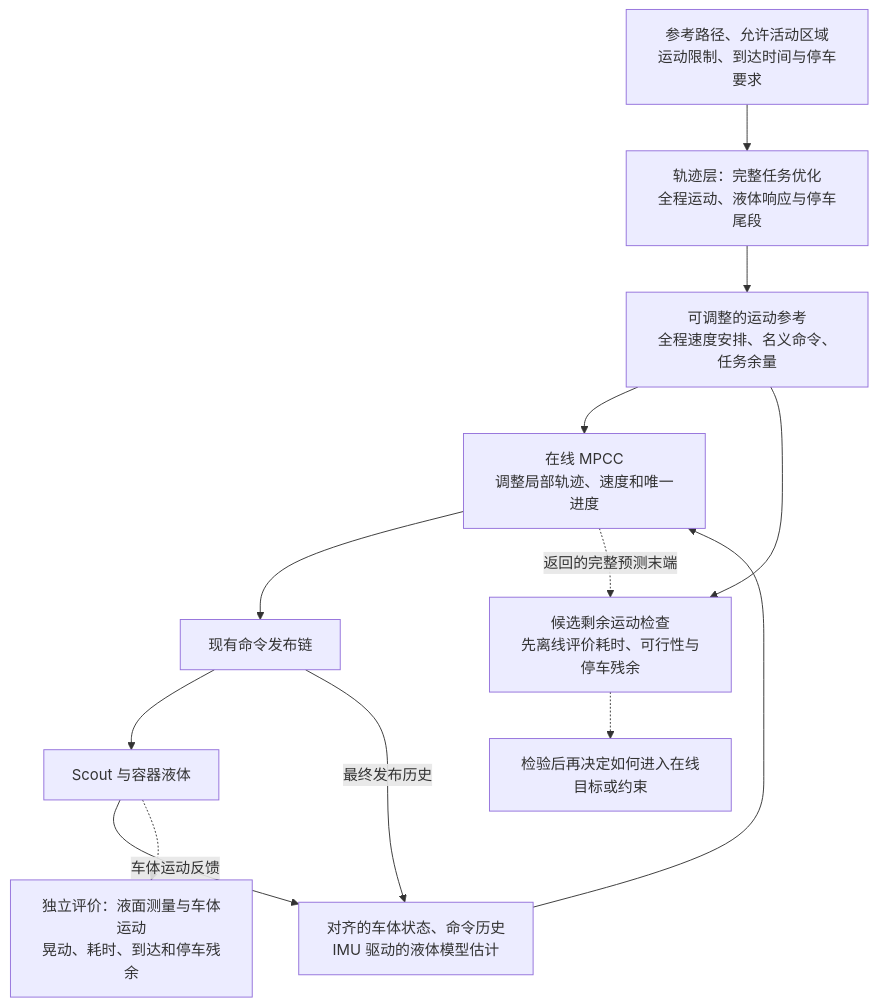
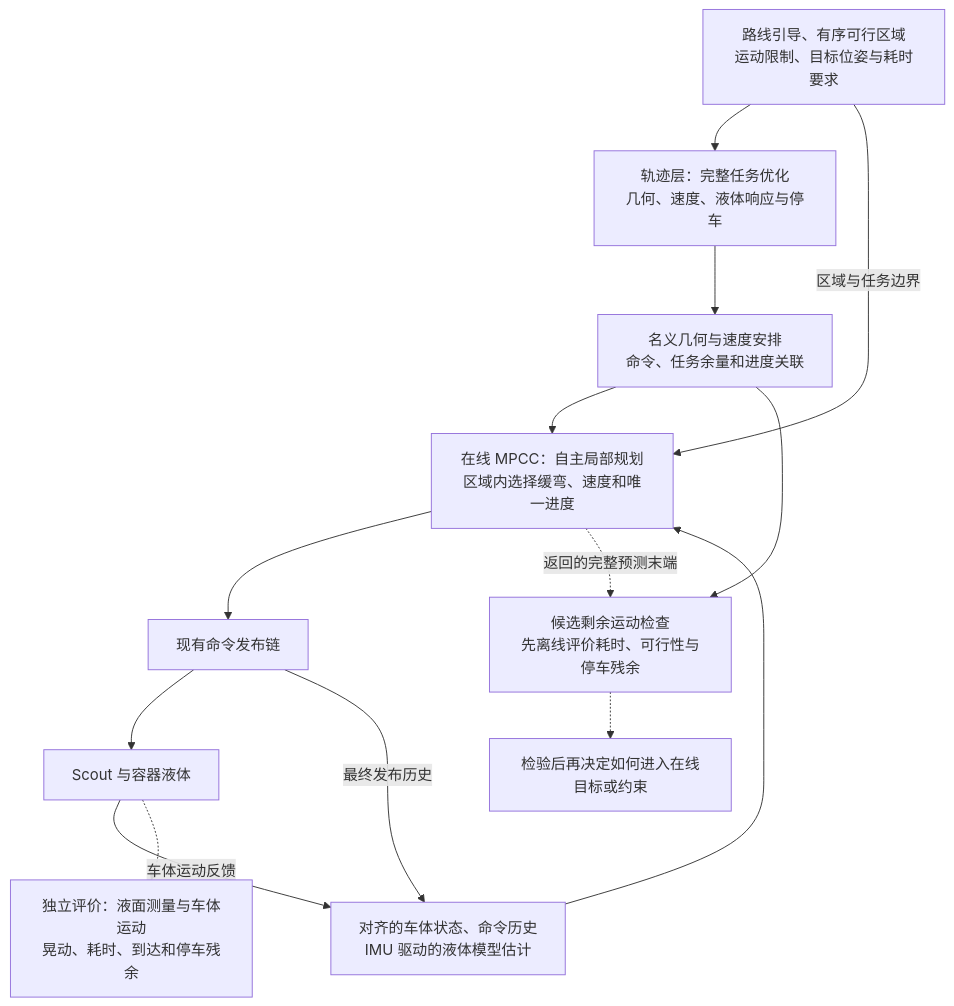
Before and after one commit to renjunzhang/scout_ws_real: the diagram in docs/实物实验注意事项/对比试验/解决问题的思路/20260915_轨迹层与MPCC协同框架思路.md, drawn with Mermaid. The commit also changed other lines of this file and 3 other files, not shown here.

````diff
--- a/docs/实物实验注意事项/对比试验/解决问题的思路/20260915_轨迹层与MPCC协同框架思路.md
+++ b/docs/实物实验注意事项/对比试验/解决问题的思路/20260915_轨迹层与MPCC协同框架思路.md
@@ -40,15 +42,16 @@
 ```mermaid
 flowchart TD
-    TASK["参考路径、允许活动区域<br/>运动限制、到达时间与停车要求"] --> PLAN["轨迹层：完整任务优化<br/>全程运动、液体响应与停车尾段"]
-    PLAN --> REF["可调整的运动参考<br/>全程速度安排、名义命令、任务余量"]
-    REF --> MPC["在线 MPCC<br/>调整局部轨迹、速度和唯一进度"]
+    TASK["路线引导、有序可行区域<br/>运动限制、目标位姿与耗时要求"] --> PLAN["轨迹层：完整任务优化<br/>几何、速度、液体响应与停车"]
+    TASK -->|区域与任务边界| MPC
+    PLAN --> REF["名义几何与速度安排<br/>命令、任务余量和进度关联"]
+    REF --> MPC["在线 MPCC：自主局部规划<br/>区域内选择缓弯、速度和唯一进度"]
     STATE["对齐的车体状态、命令历史<br/>IMU 驱动的液体模型估计"] --> MPC
     MPC --> CMD["现有命令发布链"]
     CMD --> ROBOT["Scout 与容器液体"]
     ROBOT -->|车体运动反馈| STATE
     CMD -->|最终发布历史| STATE
     MPC -.->|返回的完整预测末端| TAIL["候选剩余运动检查<br/>先离线评价耗时、可行性与停车残余"]
     REF --> TAIL
     TAIL -.-> REVIEW["检验后再决定如何进入在线目标或约束"]
     ROBOT -.-> EVAL["独立评价：液面测量与车体运动<br/>晃动、耗时、到达和停车残余"]
 ```
````
